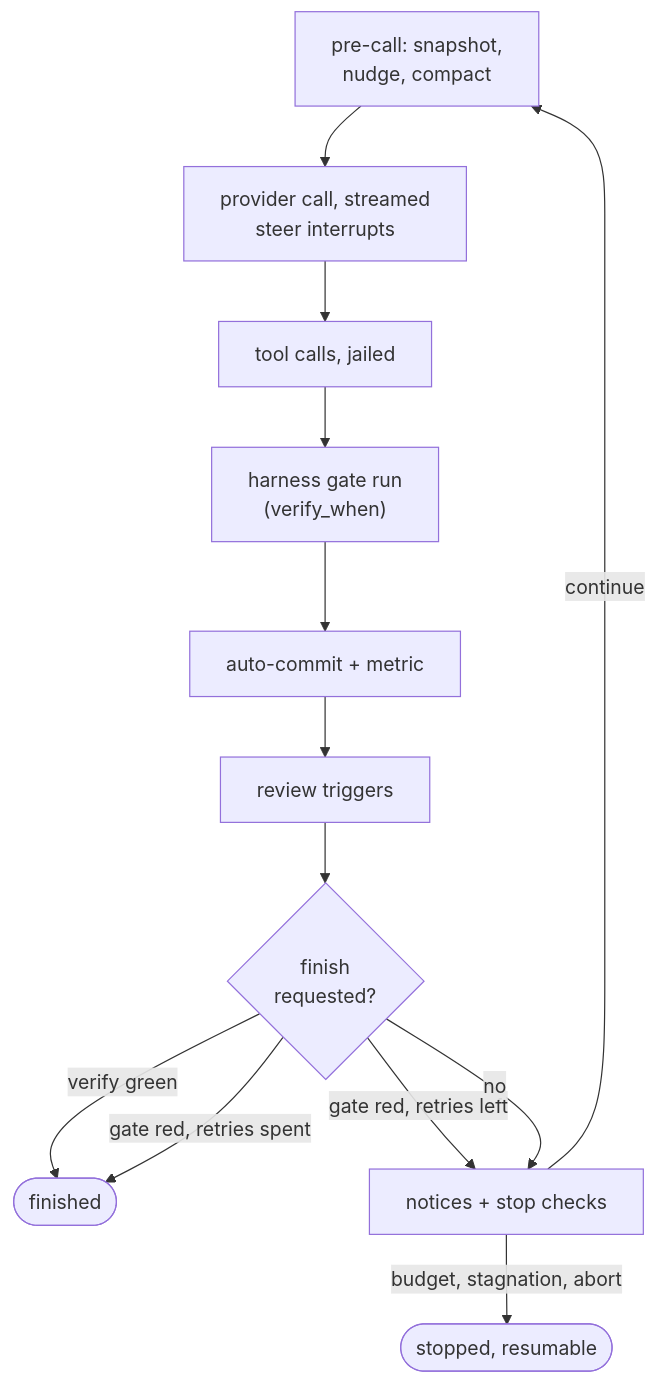
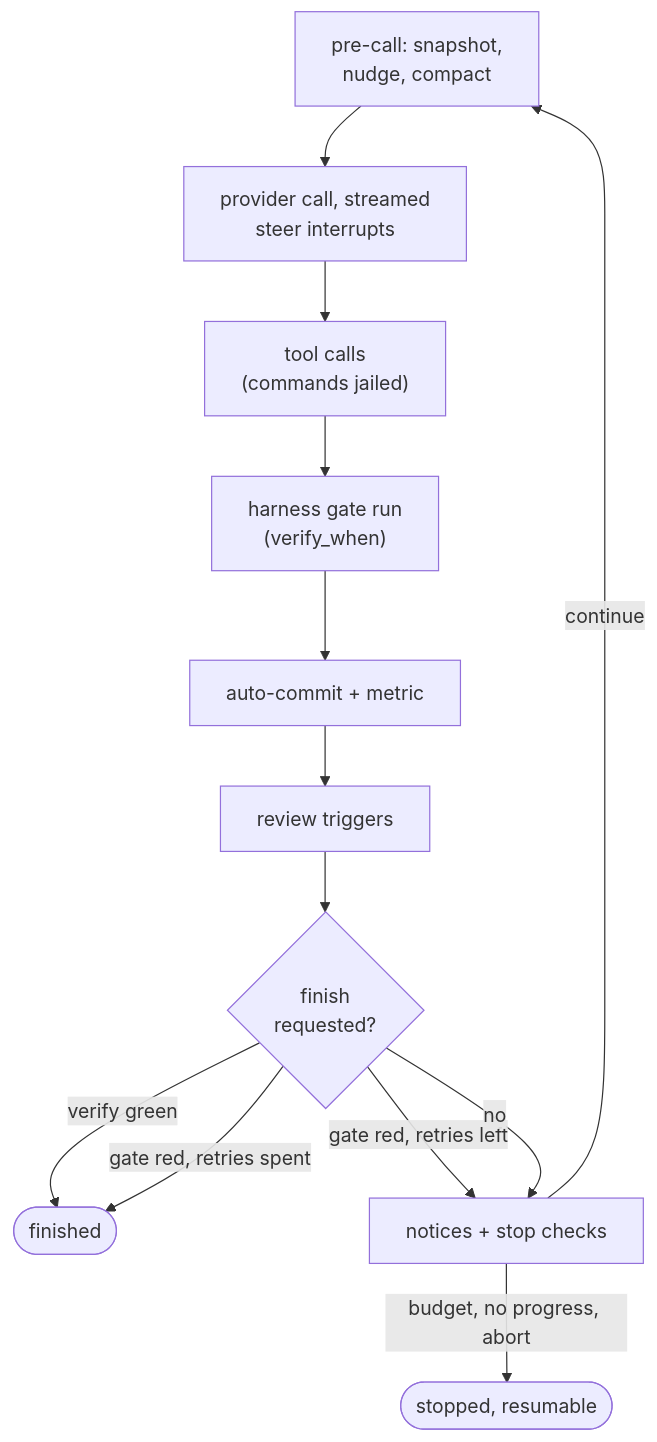
One commit to agent6-dev/agent6 changed the fourth of 6 diagrams in docs/architecture.md. Above: the diagram before and after it, drawn with Mermaid. The commit also changed other lines of this file and 1 other file, not shown here.

First line of the commit message:
docs: the architecture page names current modules and behaviour, and breaks its longest lines into lists

````diff
--- a/docs/architecture.md
+++ b/docs/architecture.md
@@ -166,15 +184,15 @@
 ```mermaid
 flowchart TD
     pre["pre-call: snapshot,<br/>nudge, compact"] --> model["provider call, streamed<br/>steer interrupts"]
-    model --> tools["tool calls, jailed"]
+    model --> tools["tool calls<br/>(commands jailed)"]
     tools --> hgate["harness gate run<br/>(verify_when)"]
     hgate --> commit["auto-commit + metric"]
     commit --> review["review triggers"]
     review --> gates{"finish<br/>requested?"}
     gates -->|verify green| done(["finished"])
     gates -->|gate red, retries left| notices["notices + stop checks"]
     gates -->|gate red, retries spent| done
     gates -->|no| notices
-    notices -->|budget, stagnation, abort| stopped(["stopped, resumable"])
+    notices -->|budget, no progress, abort| stopped(["stopped, resumable"])
     notices -->|continue| pre
 ```
````
